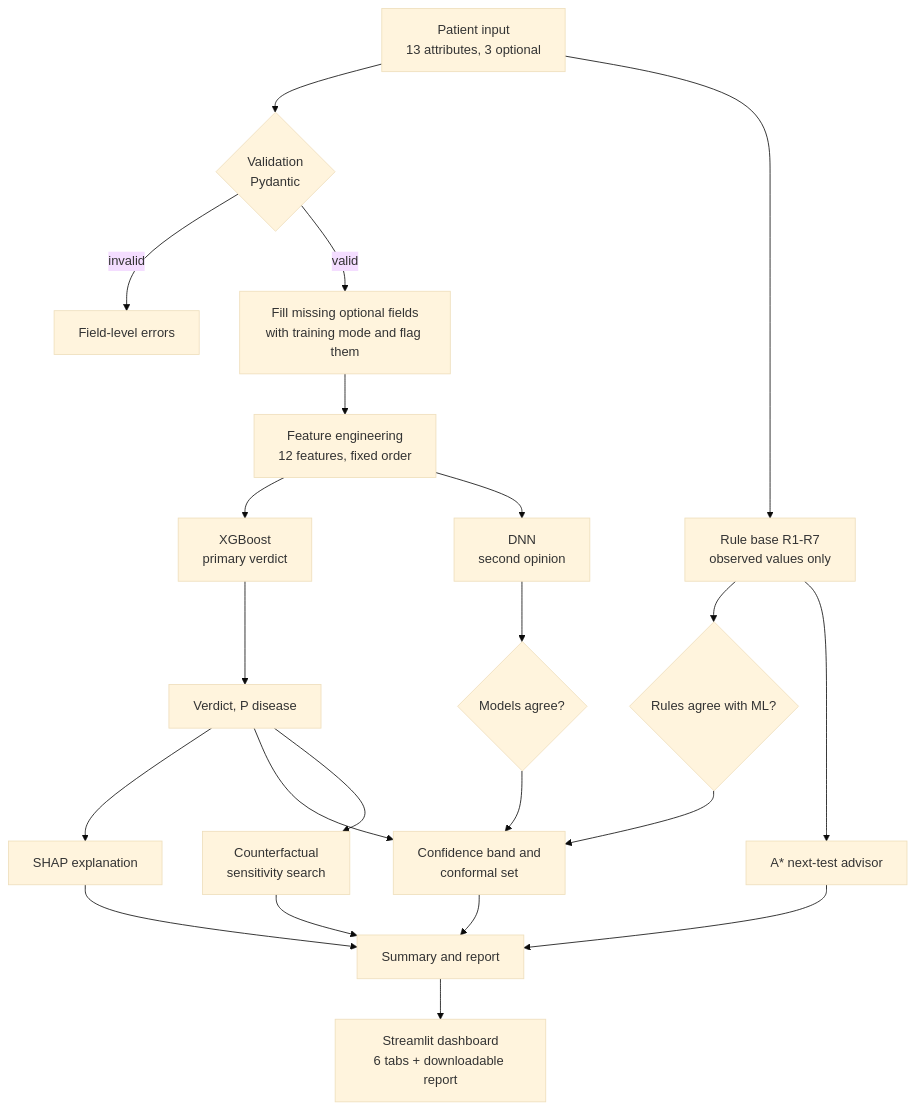
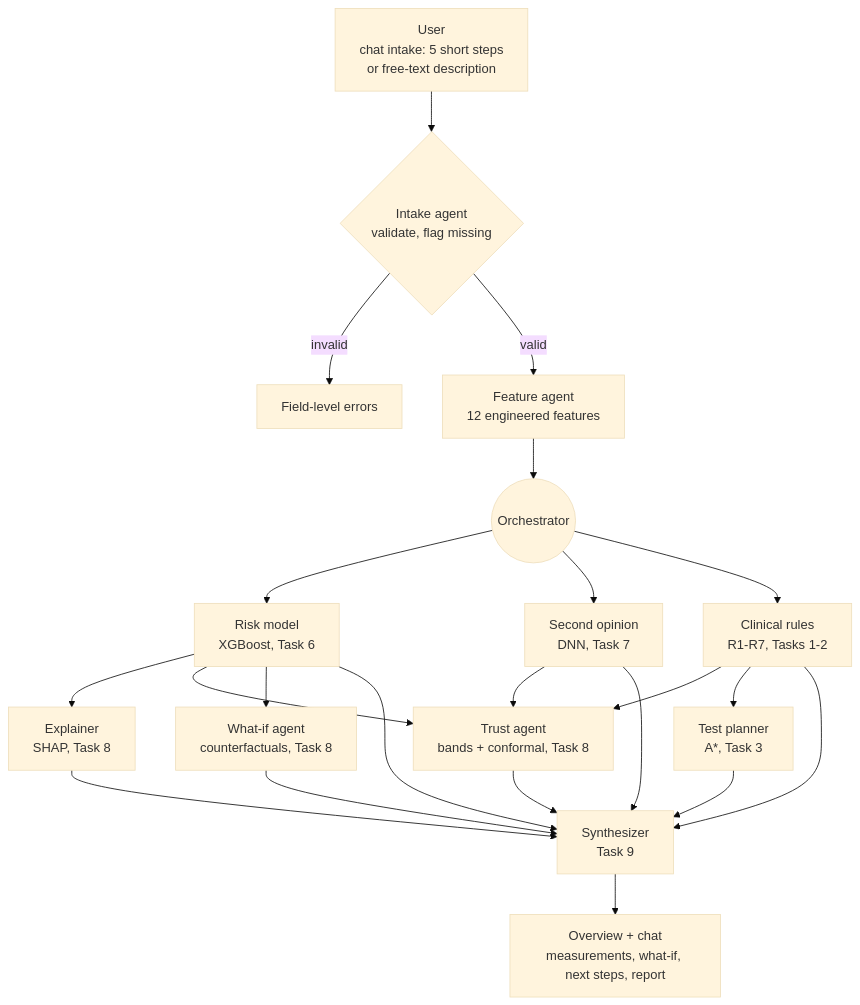
One commit to Aarya-Mhatre69/SymbioForge-CDSS changed the diagram in README.md. Above: the diagram before and after it, drawn with Mermaid (base theme). The commit also changed 3 other files, not shown here.

Commit message:
docs: orchestration flowchart, user manual for the new flow, deliverables update

````diff
--- a/README.md
+++ b/README.md
@@ -47,24 +47,24 @@
 ```mermaid
 flowchart TD
-    A[Patient input<br/>13 attributes, 3 optional] --> B{Validation<br/>Pydantic}
-    B -- invalid --> B1[Field-level errors]
-    B -- valid --> C[Fill missing optional fields<br/>with training mode and flag them]
-    C --> D[Feature engineering<br/>12 features, fixed order]
-    D --> E[XGBoost<br/>primary verdict]
-    D --> F[DNN<br/>second opinion]
-    A --> G[Rule base R1-R7<br/>observed values only]
-    E --> H[Verdict, P disease]
-    F --> I{Models agree?}
-    G --> J{Rules agree with ML?}
-    H --> K[SHAP explanation]
-    H --> L[Confidence band and<br/>conformal set]
-    H --> M[Counterfactual<br/>sensitivity search]
-    G --> N[A* next-test advisor]
-    I --> L
-    J --> L
-    K --> O[Summary and report]
-    L --> O
-    M --> O
-    N --> O
-    O --> P[Streamlit dashboard<br/>6 tabs + downloadable report]
+    U[User<br/>chat intake: 5 short steps<br/>or free-text description] --> V{Intake agent<br/>validate, flag missing}
+    V -- invalid --> V1[Field-level errors]
+    V -- valid --> F[Feature agent<br/>12 engineered features]
+    F --> O((Orchestrator))
+    O --> R[Risk model<br/>XGBoost, Task 6]
+    O --> D[Second opinion<br/>DNN, Task 7]
+    O --> K[Clinical rules<br/>R1-R7, Tasks 1-2]
+    R --> E[Explainer<br/>SHAP, Task 8]
+    R --> T[Trust agent<br/>bands + conformal, Task 8]
+    D --> T
+    K --> T
+    R --> W[What-if agent<br/>counterfactuals, Task 8]
+    K --> A[Test planner<br/>A*, Task 3]
+    E --> S[Synthesizer<br/>Task 9]
+    T --> S
+    W --> S
+    A --> S
+    R --> S
+    D --> S
+    K --> S
+    S --> UI[Overview + chat<br/>measurements, what-if, next steps, report]
 ```
````
